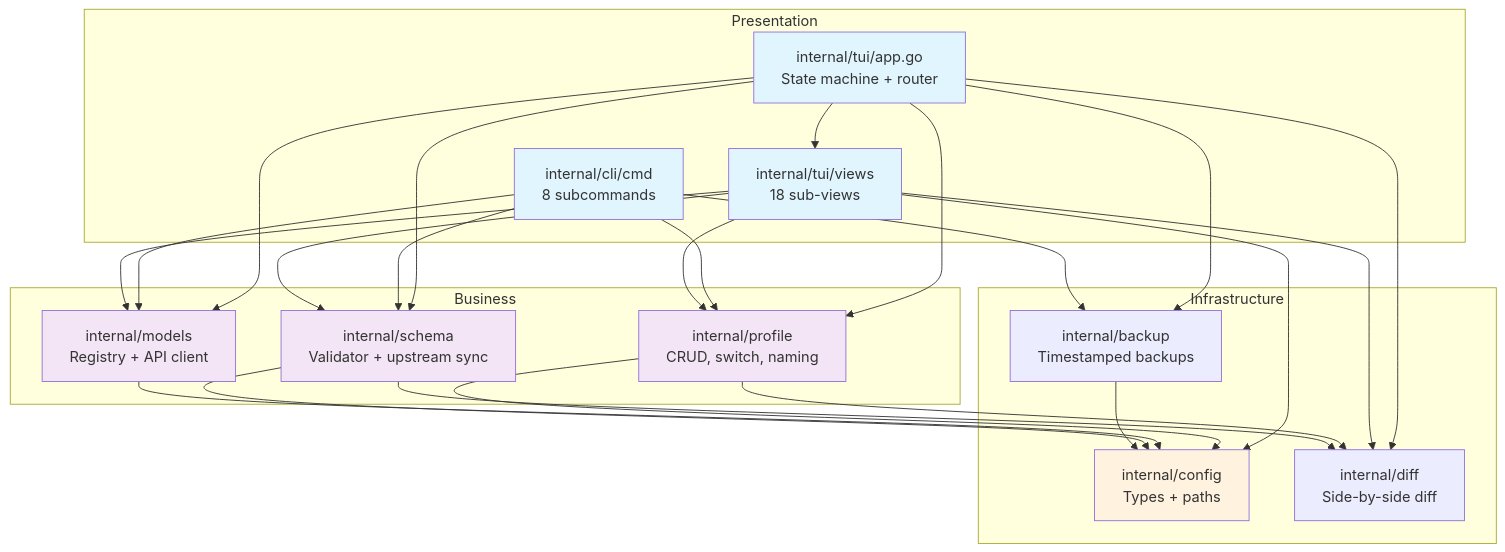
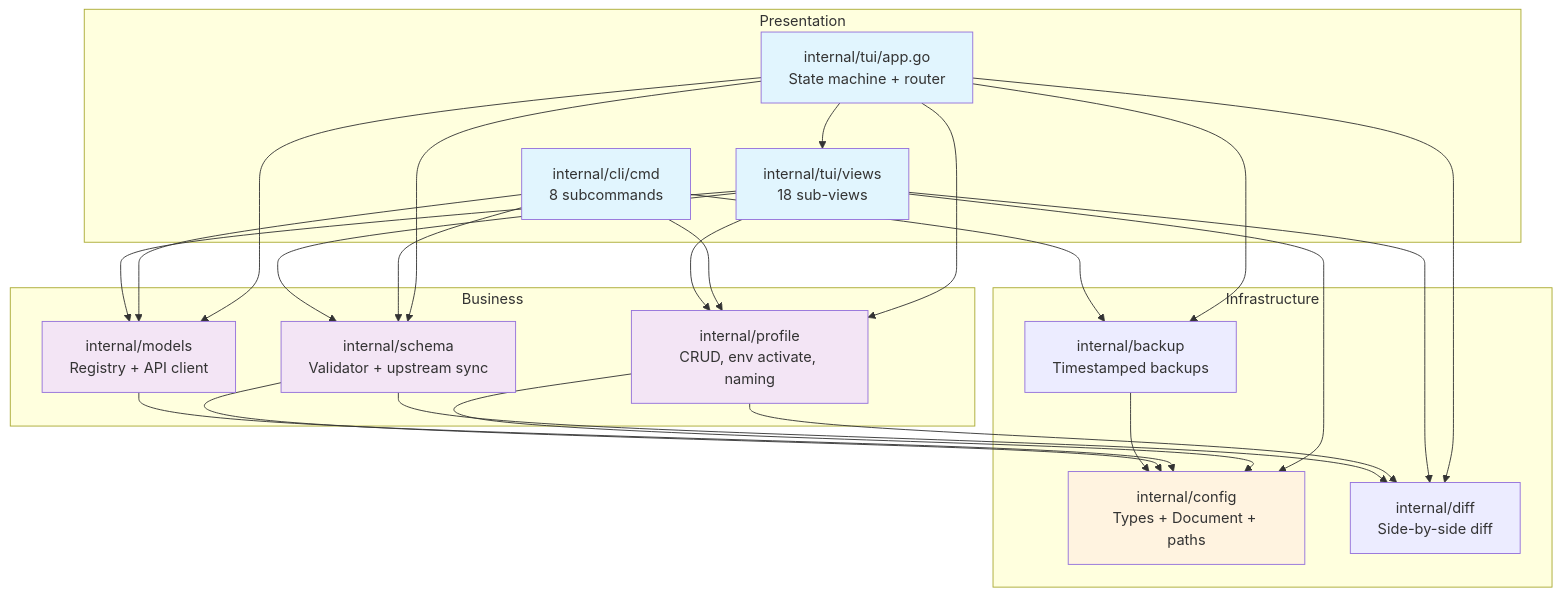
Before and after one commit to quantmind-br/omo-profiler: the diagram in ARCHITECTURE.md, drawn with Mermaid. The commit also changed other lines of this file and 189 other files, not shown here.

````diff
--- a/ARCHITECTURE.md
+++ b/ARCHITECTURE.md
@@ -41,53 +41,53 @@
 ```mermaid
 graph TD
     subgraph Presentation
         CLI[internal/cli/cmd<br/>8 subcommands]
         TUI[internal/tui/app.go<br/>State machine + router]
         VIEWS[internal/tui/views<br/>18 sub-views]
     end
 
     subgraph Business
-        PROFILE[internal/profile<br/>CRUD, switch, naming]
+        PROFILE[internal/profile<br/>CRUD, env activate, naming]
         MODELS[internal/models<br/>Registry + API client]
         SCHEMA[internal/schema<br/>Validator + upstream sync]
     end
 
     subgraph Infrastructure
-        CONFIG[internal/config<br/>Types + paths]
+        CONFIG[internal/config<br/>Types + Document + paths]
         DIFF[internal/diff<br/>Side-by-side diff]
         BACKUP[internal/backup<br/>Timestamped backups]
     end
 
     TUI --> VIEWS
     TUI --> PROFILE
     TUI --> MODELS
     TUI --> SCHEMA
     TUI --> DIFF
     TUI --> BACKUP
 
     CLI --> PROFILE
     CLI --> BACKUP
     CLI --> MODELS
     CLI --> SCHEMA
 
     VIEWS --> PROFILE
     VIEWS --> MODELS
     VIEWS --> CONFIG
     VIEWS --> SCHEMA
     VIEWS --> DIFF
 
     PROFILE --> CONFIG
     PROFILE --> DIFF
     MODELS --> CONFIG
     SCHEMA --> DIFF
     SCHEMA --> CONFIG
     BACKUP --> CONFIG
 
     style TUI fill:#e1f5fe
     style VIEWS fill:#e1f5fe
     style CLI fill:#e1f5fe
     style CONFIG fill:#fff3e0
     style PROFILE fill:#f3e5f5
     style SCHEMA fill:#f3e5f5
     style MODELS fill:#f3e5f5
 ```
````
